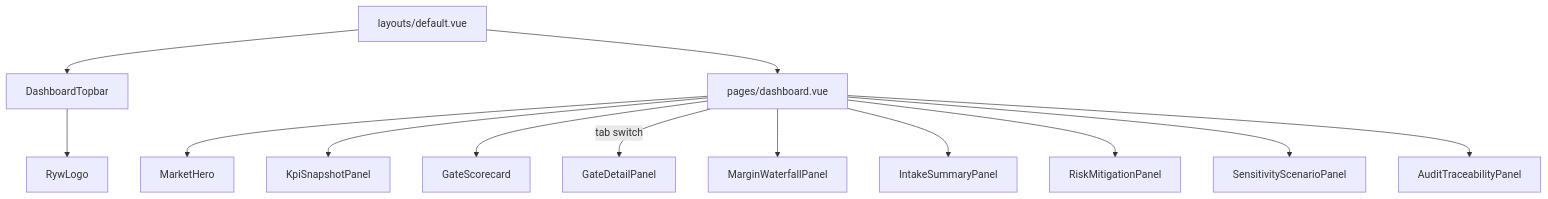
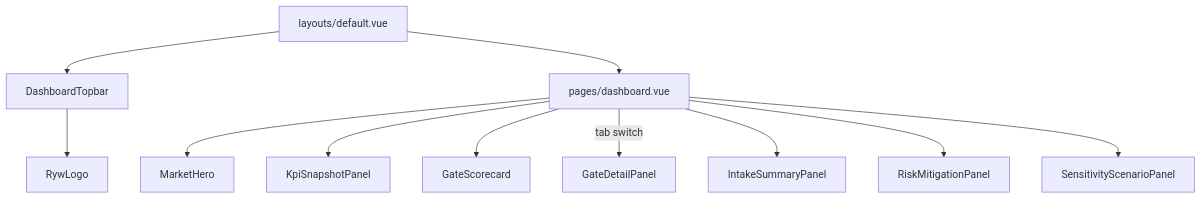
One commit to anjilarora/PJTL-RYW-Dashboard changed the diagram in docs/frontend/component-catalog.md. Above: the diagram before and after it, drawn with Mermaid. The commit also changed other lines of this file and 213 other files, not shown here.

````diff
--- a/docs/frontend/component-catalog.md
+++ b/docs/frontend/component-catalog.md
@@ -128,28 +115,24 @@
 ```mermaid
 graph TD
   default[layouts/default.vue]
   top[DashboardTopbar]
   logo[RywLogo]
   dash[pages/dashboard.vue]
   mhero[MarketHero]
   kpi[KpiSnapshotPanel]
   scorecard[GateScorecard]
   detail[GateDetailPanel]
-  margin[MarginWaterfallPanel]
   intake[IntakeSummaryPanel]
   risk[RiskMitigationPanel]
   sens[SensitivityScenarioPanel]
-  audit[AuditTraceabilityPanel]
 
   default --> top --> logo
   default --> dash
   dash --> mhero
   dash --> kpi
   dash --> scorecard
   dash -- tab switch --> detail
-  dash --> margin
   dash --> intake
   dash --> risk
   dash --> sens
-  dash --> audit
 ```
````
